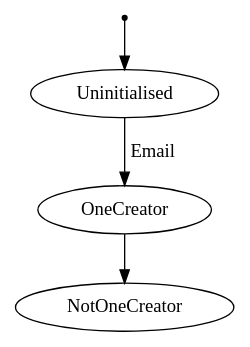
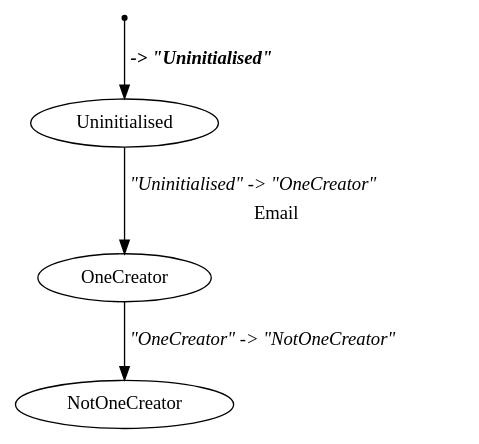
One commit to kieranjwhite/calendar_mirror changed the diagram in docs/ev_stm.dot. Above: the diagram before and after it, drawn with Graphviz. The commit also changed 8 other files, not shown here.

```diff
--- a/docs/ev_stm.dot
+++ b/docs/ev_stm.dot
@@ -1,9 +1,9 @@
 digraph ev_stm {
     NotOneCreator[label="NotOneCreator"][shape="ellipse"];
     OneCreator[label="OneCreator"][shape="ellipse"];
     Uninitialised[label="Uninitialised"][shape="ellipse"];
     _start[label="_start"][shape="point"];
-    _start -> Uninitialised[label=""];
-    Uninitialised -> OneCreator[label="Email\n"];
-    OneCreator -> NotOneCreator[label=""];
+    _start -> Uninitialised[label=<<TABLE BORDER="0"><TR><TD><B><I> -&gt; "Uninitialised"</I></B></TD></TR></TABLE>>];
+    Uninitialised -> OneCreator[label=<<TABLE BORDER="0"><TR><TD><I>"Uninitialised" -&gt; "OneCreator"</I></TD></TR><TR><TD>Email</TD></TR></TABLE>>];
+    OneCreator -> NotOneCreator[label=<<TABLE BORDER="0"><TR><TD><I>"OneCreator" -&gt; "NotOneCreator"</I></TD></TR></TABLE>>];
 }
```
